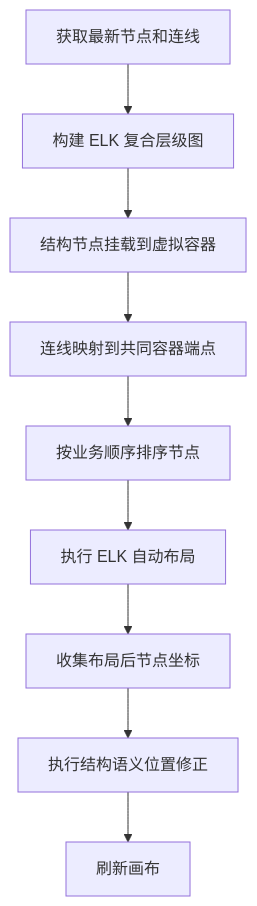
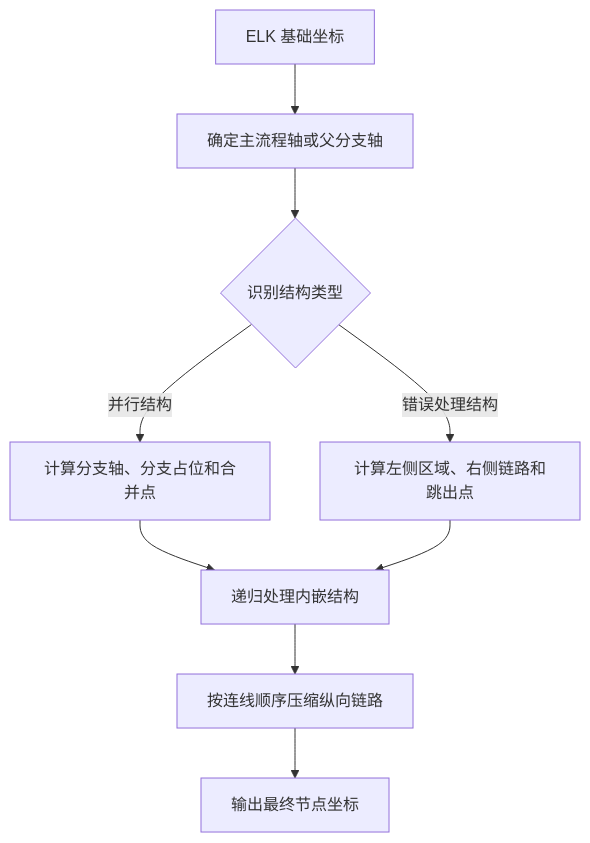
Before and after one commit to THZSummer/open-app: diagram 17 of 28 in front/doc/2026年6月文档/连接流配置需求设计说明书.md, drawn with Mermaid. The commit also changed other lines of this file, not shown here.

````diff
--- a/front/doc/2026年6月文档/连接流配置需求设计说明书.md
+++ b/front/doc/2026年6月文档/连接流配置需求设计说明书.md
@@ -950,11 +955,11 @@
 ```mermaid
 flowchart TD
-  Start[获取最新节点和连线] --> BuildGraph[构建 ELK 复合层级图]
-  BuildGraph --> MountContainer[结构节点挂载到虚拟容器]
-  MountContainer --> MapEdges[连线映射到共同容器端点]
-  MapEdges --> SortNodes[按业务顺序排序节点]
-  SortNodes --> ElkLayout[执行 ELK 自动布局]
-  ElkLayout --> CollectPosition[收集布局后节点坐标]
-  CollectPosition --> SemanticFix[执行结构语义位置修正]
-  SemanticFix --> Render[刷新画布]
+  ElkResult[ELK 基础坐标] --> FindAxis[确定主流程轴或父分支轴]
+  FindAxis --> FindStructure{识别结构类型}
+  FindStructure -->|并行结构| ParallelFix[计算分支轴、分支占位和合并点]
+  FindStructure -->|错误处理结构| ErrorFix[计算左侧区域、右侧链路和跳出点]
+  ParallelFix --> NestedFix[递归处理内嵌结构]
+  ErrorFix --> NestedFix
+  NestedFix --> CompactY[按连线顺序压缩纵向链路]
+  CompactY --> FinalPosition[输出最终节点坐标]
 ```
````
